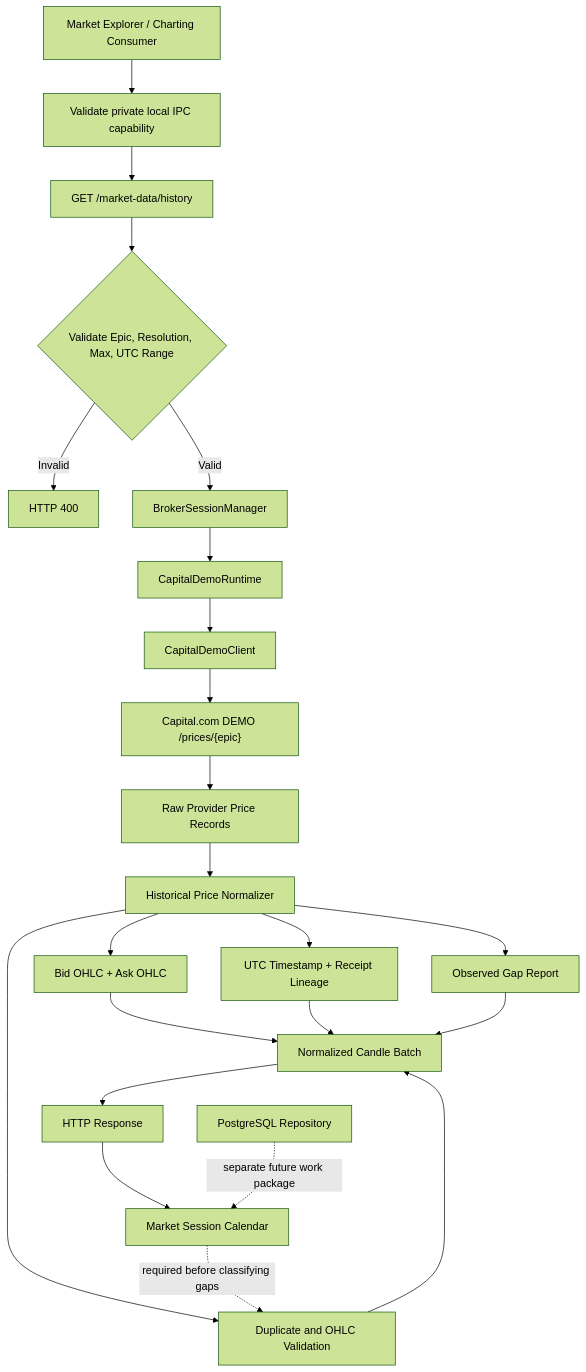
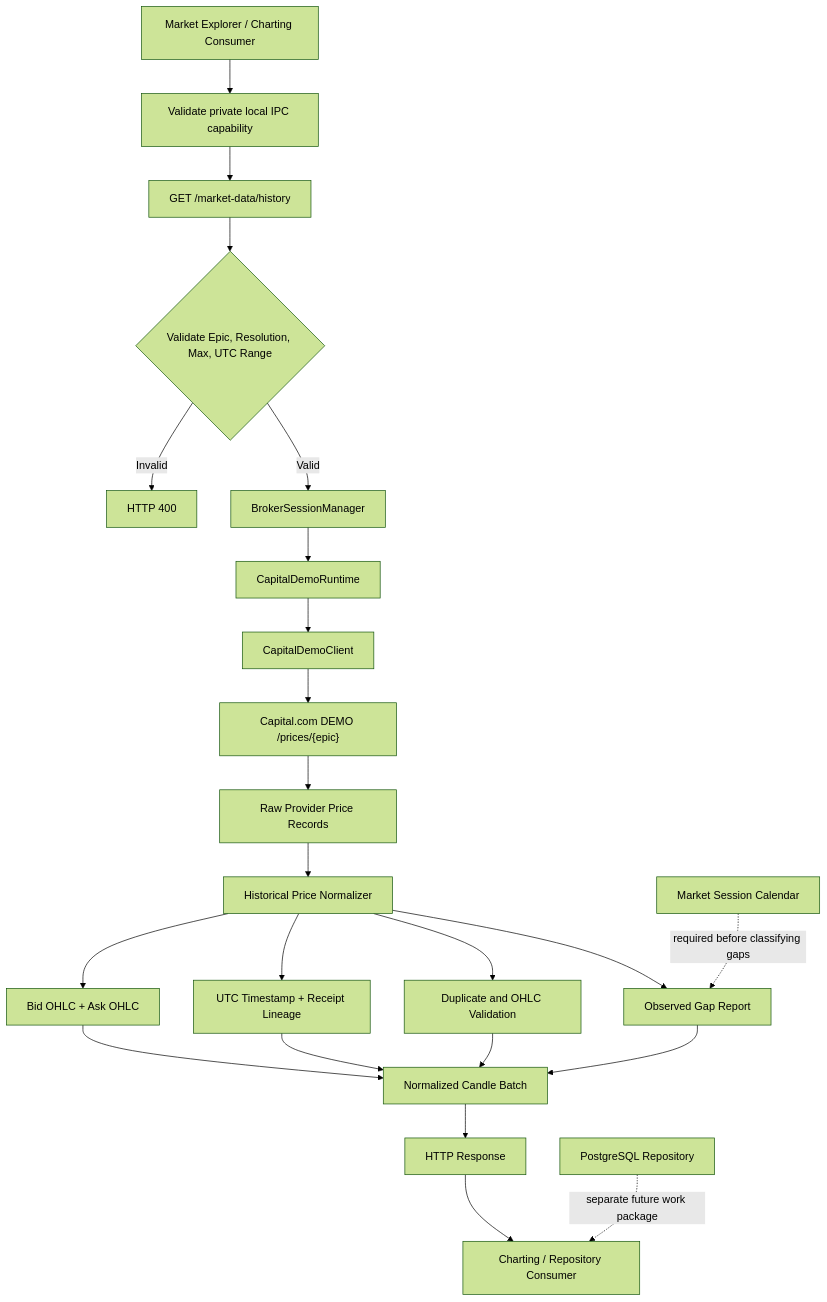
One commit to atheertrading/atheer-trading-platform changed the diagram in docs/architecture/diagrams/10-historical-market-data-normalization.mmd. Above: the diagram before and after it, drawn with Mermaid (forest theme).

Commit message:
fix(architecture): keep historical diagram node identities unique

```diff
--- a/docs/architecture/diagrams/10-historical-market-data-normalization.mmd
+++ b/docs/architecture/diagrams/10-historical-market-data-normalization.mmd
@@ -1,24 +1,24 @@
 flowchart TD
     A["Market Explorer / Charting Consumer"] --> AUTH["Validate private local IPC capability"]
     AUTH --> B["GET /market-data/history"]
     B --> C{"Validate Epic, Resolution, Max, UTC Range"}
     C -->|Invalid| D["HTTP 400"]
     C -->|Valid| E["BrokerSessionManager"]
     E --> F["CapitalDemoRuntime"]
     F --> G["CapitalDemoClient"]
     G --> H["Capital.com DEMO /prices/{epic}"]
     H --> I["Raw Provider Price Records"]
     I --> J["Historical Price Normalizer"]
     J --> K["Bid OHLC + Ask OHLC"]
     J --> L["UTC Timestamp + Receipt Lineage"]
     J --> M["Duplicate and OHLC Validation"]
     J --> N["Observed Gap Report"]
     K --> O["Normalized Candle Batch"]
     L --> O
     M --> O
     N --> O
     O --> P["HTTP Response"]
     P --> Q["Charting / Repository Consumer"]
 
-    Q["Market Session Calendar"] -. "required before classifying gaps" .-> M
-    R["PostgreSQL Repository"] -. "separate future work package" .-> Q
+    R["Market Session Calendar"] -. "required before classifying gaps" .-> N
+    S["PostgreSQL Repository"] -. "separate future work package" .-> Q
```
